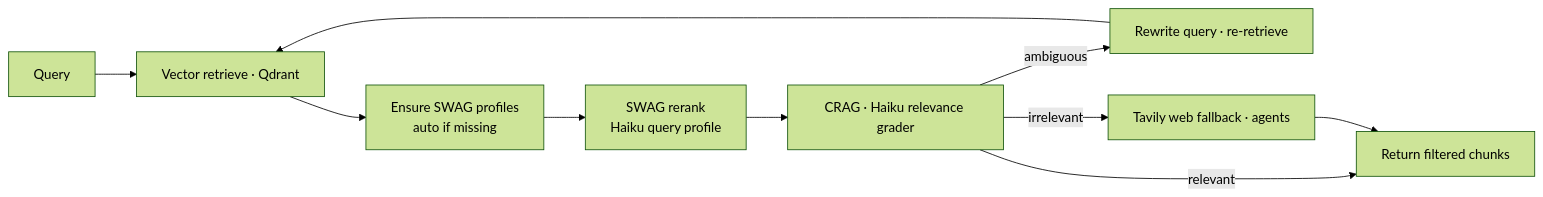
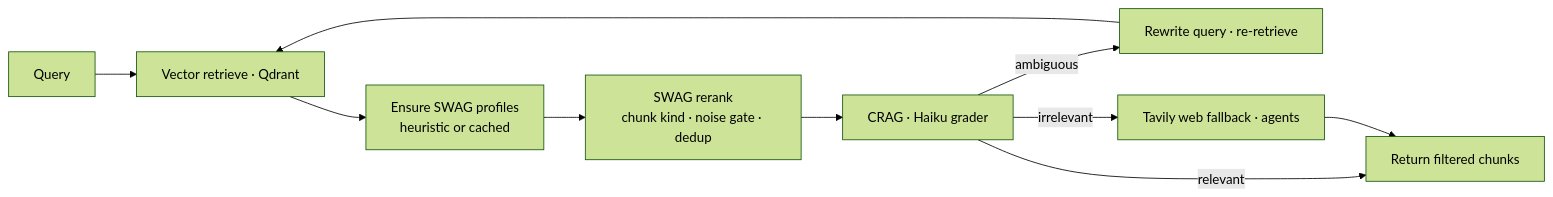
Before and after one commit to emguru/langrag: the second of 7 diagrams in docs/ARCHITECTURE_DIAGRAM.md, drawn with Mermaid (forest theme). The commit also changed other lines of this file and 42 other files, not shown here.

First line of the commit message:
Document SWAG eval pipeline, HITL research flow, and demo tooling.

````diff
--- a/docs/ARCHITECTURE_DIAGRAM.md
+++ b/docs/ARCHITECTURE_DIAGRAM.md
@@ -113,12 +113,12 @@
 ```mermaid
 flowchart LR
   Q[Query] --> R[Vector retrieve · Qdrant]
-  R --> P[Ensure SWAG profiles<br/>auto if missing]
-  P --> S[SWAG rerank<br/>Haiku query profile]
-  S --> G[CRAG · Haiku relevance grader]
+  R --> P[Ensure SWAG profiles<br/>heuristic or cached]
+  P --> S[SWAG rerank<br/>chunk kind · noise gate · dedup]
+  S --> G[CRAG · Haiku grader]
   G -->|relevant| F[Return filtered chunks]
   G -->|ambiguous| RW[Rewrite query · re-retrieve]
   RW --> R
   G -->|irrelevant| W[Tavily web fallback · agents]
   W --> F
 ```
````
